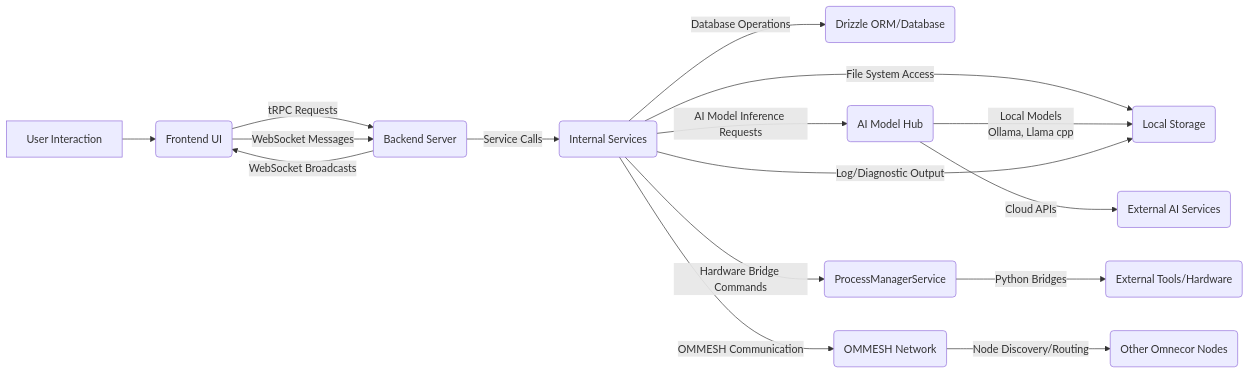
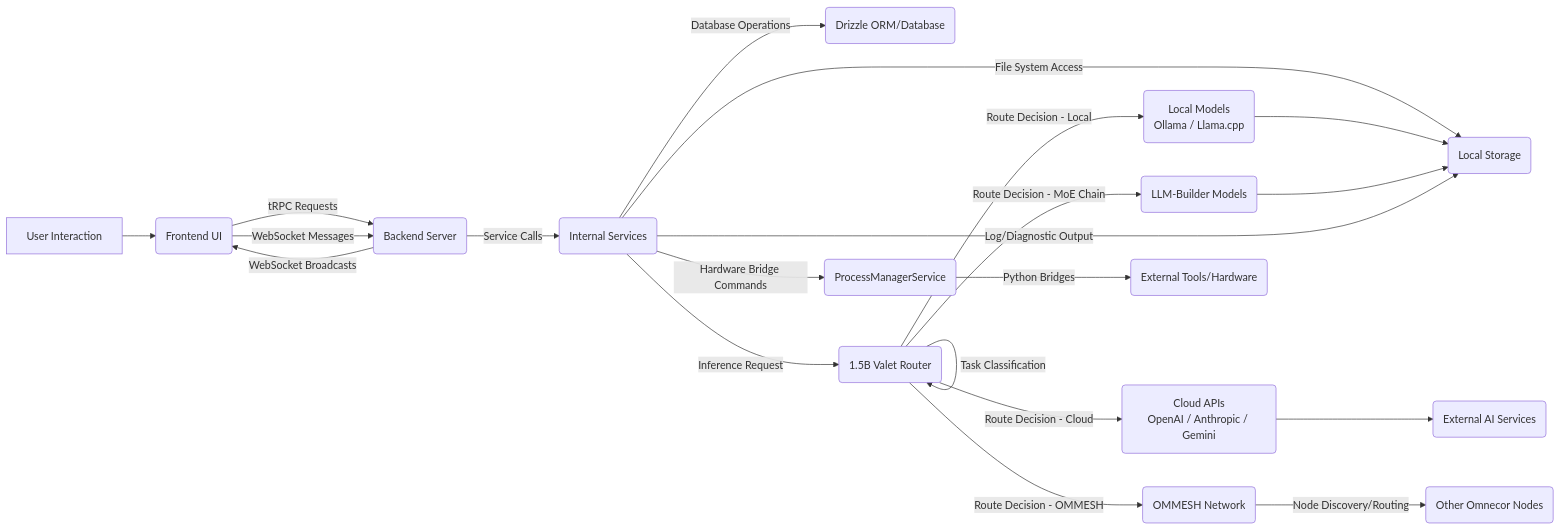
Before and after one commit to Clarkescustomcreations/OmnecorV1-Beta: the diagram in docs/architecture/DATA_FLOW.md, drawn with Mermaid. The commit also changed other lines of this file and 22 other files, not shown here.

````diff
--- a/docs/architecture/DATA_FLOW.md
+++ b/docs/architecture/DATA_FLOW.md
@@ -9,18 +9,23 @@
 ```mermaid
 graph LR
     A[User Interaction] --> B(Frontend UI)
     B -->|tRPC Requests| C(Backend Server)
     B -->|WebSocket Messages| C
     C -->|Service Calls| D(Internal Services)
     D -->|Database Operations| E(Drizzle ORM/Database)
     D -->|File System Access| F(Local Storage)
-    D -->|AI Model Inference Requests| G(AI Model Hub)
-    G -->|Local Models<br/>Ollama, Llama cpp| F
-    G -->|Cloud APIs| H(External AI Services)
+    D -->|Inference Request| V(1.5B Valet Router)
+    V -->|Task Classification| V
+    V -->|Route Decision - Local| G1(Local Models\nOllama / Llama.cpp)
+    V -->|Route Decision - Cloud| G2(Cloud APIs\nOpenAI / Anthropic / Gemini)
+    V -->|Route Decision - OMMESH| K(OMMESH Network)
+    V -->|Route Decision - MoE Chain| G3(LLM-Builder Models)
+    G1 --> F
+    G2 --> H(External AI Services)
+    K -->|Node Discovery/Routing| L(Other Omnecor Nodes)
+    G3 --> F
     D -->|Hardware Bridge Commands| I(ProcessManagerService)
     I -->|Python Bridges| J(External Tools/Hardware)
-    D -->|OMMESH Communication| K(OMMESH Network)
-    K -->|Node Discovery/Routing| L(Other Omnecor Nodes)
     C -->|WebSocket Broadcasts| B
     D -->|Log/Diagnostic Output| F
 ```
````
